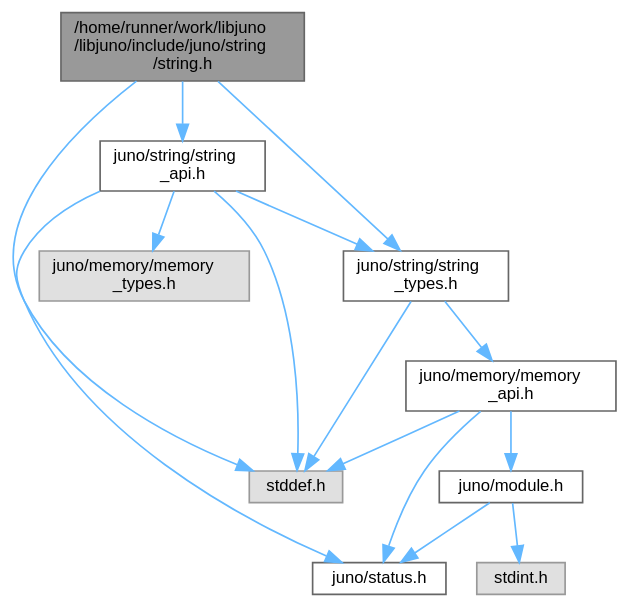
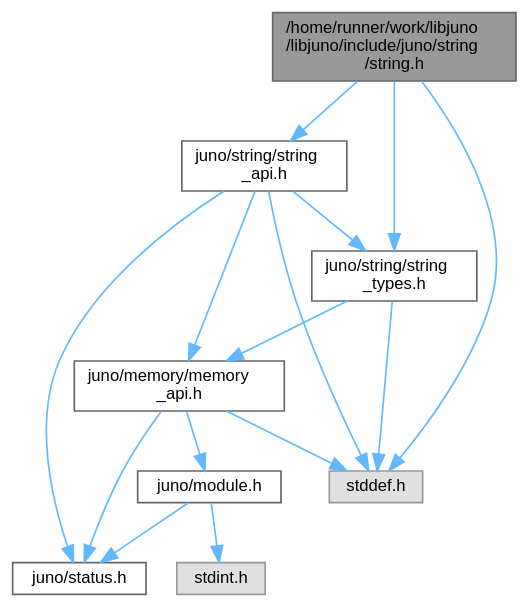
One commit to robinonsay/libjuno changed the diagram in string_8h__incl.dot. Above: the diagram before and after it, drawn with Graphviz. The commit also changed 192 other files, not shown here.

```diff
--- a/string_8h__incl.dot
+++ b/string_8h__incl.dot
@@ -1,30 +1,29 @@
 digraph "/home/runner/work/libjuno/libjuno/include/juno/string/string.h"
 {
  // LATEX_PDF_SIZE
   bgcolor="transparent";
   edge [fontname=Helvetica,fontsize=10,labelfontname=Helvetica,labelfontsize=10];
   node [fontname=Helvetica,fontsize=10,shape=box,height=0.2,width=0.4];
   Node1 [id="Node000001",label="/home/runner/work/libjuno\l/libjuno/include/juno/string\l/string.h",height=0.2,width=0.4,color="gray40", fillcolor="grey60", style="filled", fontcolor="black",tooltip=" "];
   Node1 -> Node2 [id="edge1_Node000001_Node000002",color="steelblue1",style="solid",tooltip=" "];
   Node2 [id="Node000002",label="juno/string/string\l_api.h",height=0.2,width=0.4,color="grey40", fillcolor="white", style="filled",URL="$string__api_8h.html",tooltip=" "];
   Node2 -> Node3 [id="edge2_Node000002_Node000003",color="steelblue1",style="solid",tooltip=" "];
-  Node3 [id="Node000003",label="juno/memory/memory\l_types.h",height=0.2,width=0.4,color="grey60", fillcolor="#E0E0E0", style="filled",tooltip=" "];
-  Node2 -> Node4 [id="edge3_Node000002_Node000004",color="steelblue1",style="solid",tooltip=" "];
+  Node3 [id="Node000003",label="juno/memory/memory\l_api.h",height=0.2,width=0.4,color="grey40", fillcolor="white", style="filled",URL="$memory__api_8h.html",tooltip=" "];
+  Node3 -> Node4 [id="edge3_Node000003_Node000004",color="steelblue1",style="solid",tooltip=" "];
   Node4 [id="Node000004",label="juno/status.h",height=0.2,width=0.4,color="grey40", fillcolor="white", style="filled",URL="$status_8h.html",tooltip=" "];
-  Node2 -> Node5 [id="edge4_Node000002_Node000005",color="steelblue1",style="solid",tooltip=" "];
-  Node5 [id="Node000005",label="juno/string/string\l_types.h",height=0.2,width=0.4,color="grey40", fillcolor="white", style="filled",URL="$string__types_8h.html",tooltip=" "];
-  Node5 -> Node6 [id="edge5_Node000005_Node000006",color="steelblue1",style="solid",tooltip=" "];
-  Node6 [id="Node000006",label="juno/memory/memory\l_api.h",height=0.2,width=0.4,color="grey40", fillcolor="white", style="filled",URL="$memory__api_8h.html",tooltip=" "];
-  Node6 -> Node4 [id="edge6_Node000006_Node000004",color="steelblue1",style="solid",tooltip=" "];
-  Node6 -> Node7 [id="edge7_Node000006_Node000007",color="steelblue1",style="solid",tooltip=" "];
-  Node7 [id="Node000007",label="juno/module.h",height=0.2,width=0.4,color="grey40", fillcolor="white", style="filled",URL="$module_8h.html",tooltip=" "];
-  Node7 -> Node4 [id="edge8_Node000007_Node000004",color="steelblue1",style="solid",tooltip=" "];
-  Node7 -> Node8 [id="edge9_Node000007_Node000008",color="steelblue1",style="solid",tooltip=" "];
-  Node8 [id="Node000008",label="stdint.h",height=0.2,width=0.4,color="grey60", fillcolor="#E0E0E0", style="filled",tooltip=" "];
-  Node6 -> Node9 [id="edge10_Node000006_Node000009",color="steelblue1",style="solid",tooltip=" "];
-  Node9 [id="Node000009",label="stddef.h",height=0.2,width=0.4,color="grey60", fillcolor="#E0E0E0", style="filled",tooltip=" "];
-  Node5 -> Node9 [id="edge11_Node000005_Node000009",color="steelblue1",style="solid",tooltip=" "];
-  Node2 -> Node9 [id="edge12_Node000002_Node000009",color="steelblue1",style="solid",tooltip=" "];
-  Node1 -> Node5 [id="edge13_Node000001_Node000005",color="steelblue1",style="solid",tooltip=" "];
-  Node1 -> Node9 [id="edge14_Node000001_Node000009",color="steelblue1",style="solid",tooltip=" "];
+  Node3 -> Node5 [id="edge4_Node000003_Node000005",color="steelblue1",style="solid",tooltip=" "];
+  Node5 [id="Node000005",label="juno/module.h",height=0.2,width=0.4,color="grey40", fillcolor="white", style="filled",URL="$module_8h.html",tooltip=" "];
+  Node5 -> Node4 [id="edge5_Node000005_Node000004",color="steelblue1",style="solid",tooltip=" "];
+  Node5 -> Node6 [id="edge6_Node000005_Node000006",color="steelblue1",style="solid",tooltip=" "];
+  Node6 [id="Node000006",label="stdint.h",height=0.2,width=0.4,color="grey60", fillcolor="#E0E0E0", style="filled",tooltip=" "];
+  Node3 -> Node7 [id="edge7_Node000003_Node000007",color="steelblue1",style="solid",tooltip=" "];
+  Node7 [id="Node000007",label="stddef.h",height=0.2,width=0.4,color="grey60", fillcolor="#E0E0E0", style="filled",tooltip=" "];
+  Node2 -> Node4 [id="edge8_Node000002_Node000004",color="steelblue1",style="solid",tooltip=" "];
+  Node2 -> Node8 [id="edge9_Node000002_Node000008",color="steelblue1",style="solid",tooltip=" "];
+  Node8 [id="Node000008",label="juno/string/string\l_types.h",height=0.2,width=0.4,color="grey40", fillcolor="white", style="filled",URL="$string__types_8h.html",tooltip=" "];
+  Node8 -> Node3 [id="edge10_Node000008_Node000003",color="steelblue1",style="solid",tooltip=" "];
+  Node8 -> Node7 [id="edge11_Node000008_Node000007",color="steelblue1",style="solid",tooltip=" "];
+  Node2 -> Node7 [id="edge12_Node000002_Node000007",color="steelblue1",style="solid",tooltip=" "];
+  Node1 -> Node8 [id="edge13_Node000001_Node000008",color="steelblue1",style="solid",tooltip=" "];
+  Node1 -> Node7 [id="edge14_Node000001_Node000007",color="steelblue1",style="solid",tooltip=" "];
 }
```
